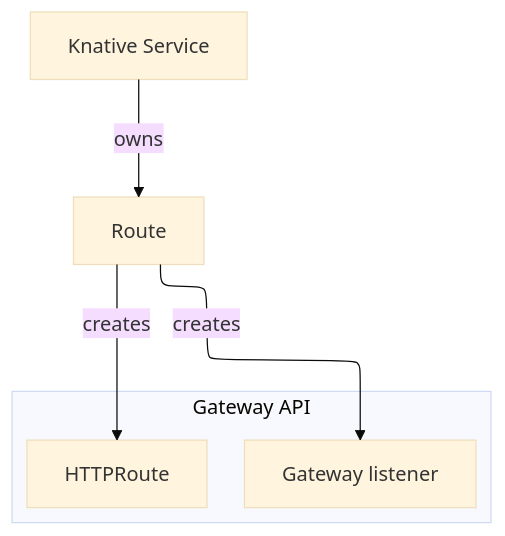
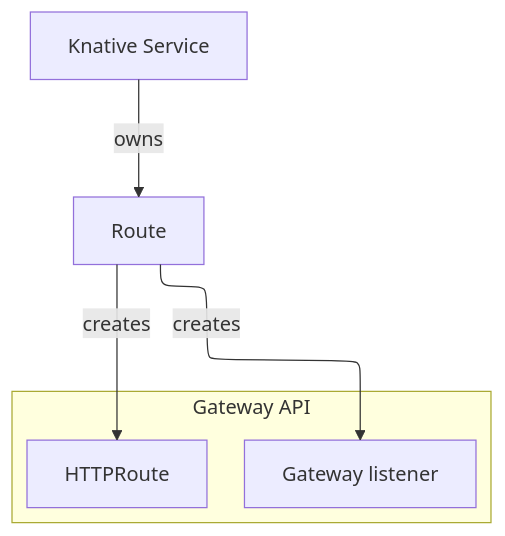
One commit to knative/docs changed the fourth of 4 diagrams in docs/versioned/serving/config-network-adapters.md. Above: the diagram before and after it, drawn with Mermaid. The commit also changed other lines of this file, not shown here.

````diff
--- a/docs/versioned/serving/config-network-adapters.md
+++ b/docs/versioned/serving/config-network-adapters.md
@@ -57,15 +91,14 @@
     ```mermaid
     ---
     config:
-      theme: base
+      theme: default
       layout: elk
-      look: classic
     ---
     flowchart TB
      subgraph s1["Gateway API"]
         HR["HTTPRoute"]
         GW["Gateway listener"]
       end
         KSvc["Knative Service"] -- owns --> Route["Route"]
         Route -- creates --> HR & GW
     ```
````
